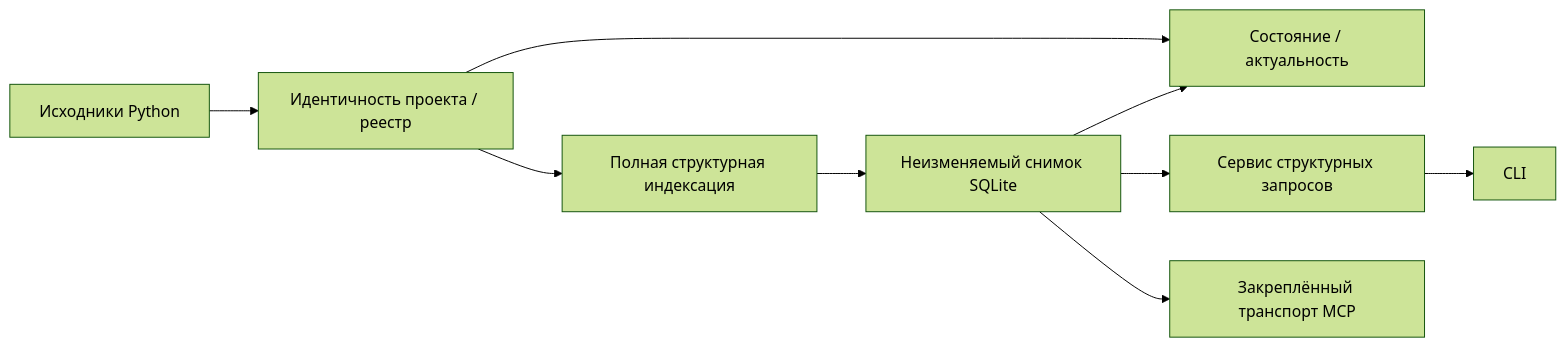
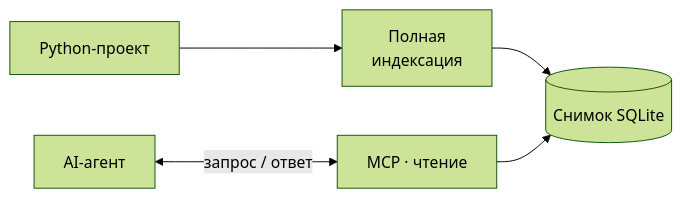
The first of 2 diagrams in README.md (Vkuvalin/project-kb), drawn with Mermaid (forest theme) before and after one commit. The commit also changed other lines of this file and 15 other files, not shown here.

````diff
--- a/README.md
+++ b/README.md
@@ -91,11 +37,7 @@
 ```mermaid
 flowchart LR
-    Source["Исходники Python"] --> Identity["Идентичность проекта / реестр"]
-    Identity --> Indexing["Полная структурная индексация"]
-    Indexing --> Snapshot["Неизменяемый снимок SQLite"]
-    Identity --> Status["Состояние / актуальность"]
-    Snapshot --> Status
-    Snapshot --> Query["Сервис структурных запросов"]
-    Query --> CLI["CLI"]
-    Snapshot --> MCP["Закреплённый транспорт MCP"]
+    Source["Python-проект"] --> Index["Полная<br/>индексация"]
+    Index --> Snapshot[("Снимок SQLite")]
+    Agent["AI-агент"] <-->|"запрос / ответ"| MCP["MCP · чтение"]
+    MCP --> Snapshot
 ```
````
